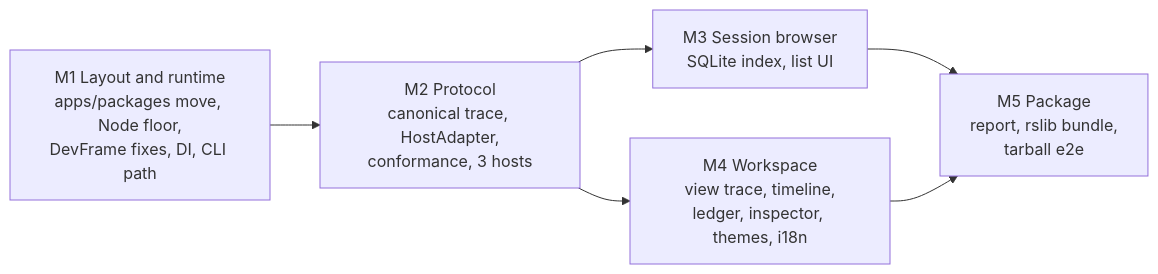
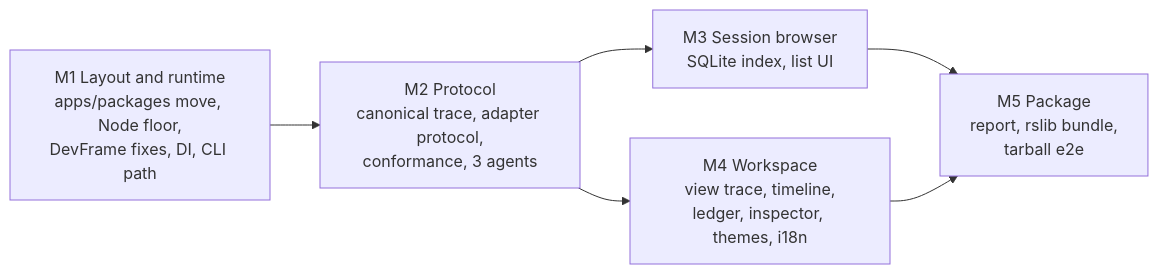
The fourth of 4 diagrams in docs/plans/0001-external-release.md (PerfectPan/estela), drawn with Mermaid before and after one commit. The commit also changed other lines of this file and 81 other files, not shown here.

````diff
--- a/docs/plans/0001-external-release.md
+++ b/docs/plans/0001-external-release.md
@@ -524,8 +524,8 @@
 ```mermaid
 flowchart LR
-  m1["M1 Layout and runtime<br/>apps/packages move, Node floor,<br/>DevFrame fixes, DI, CLI path"] --> m2["M2 Protocol<br/>canonical trace, HostAdapter,<br/>conformance, 3 hosts"]
+  m1["M1 Layout and runtime<br/>apps/packages move, Node floor,<br/>DevFrame fixes, DI, CLI path"] --> m2["M2 Protocol<br/>canonical trace, adapter protocol,<br/>conformance, 3 agents"]
   m2 --> m3["M3 Session browser<br/>SQLite index, list UI"]
   m2 --> m4["M4 Workspace<br/>view trace, timeline,<br/>ledger, inspector, themes, i18n"]
   m3 --> m5["M5 Package<br/>report, rslib bundle,<br/>tarball e2e"]
   m4 --> m5
 ```
````
